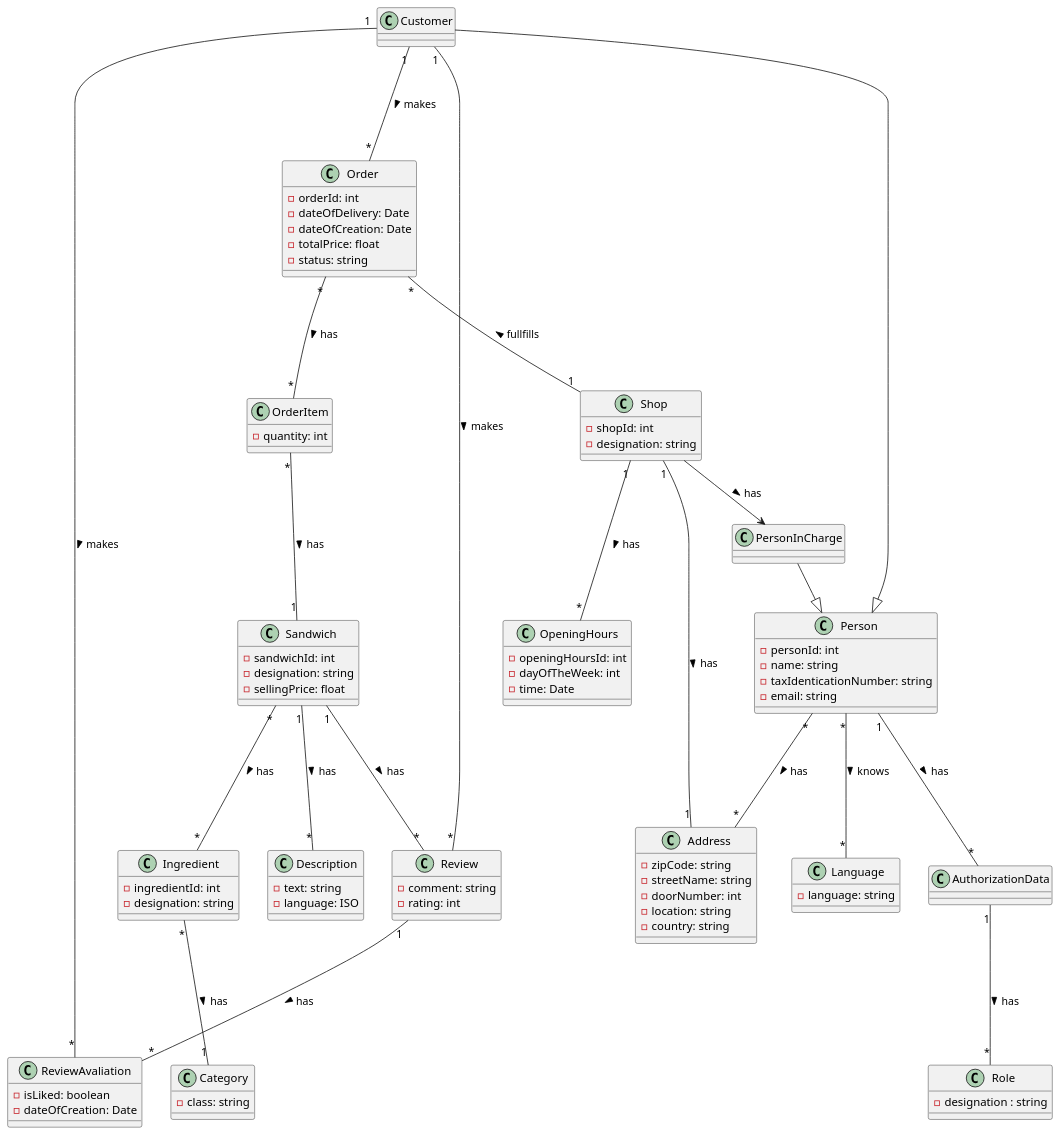
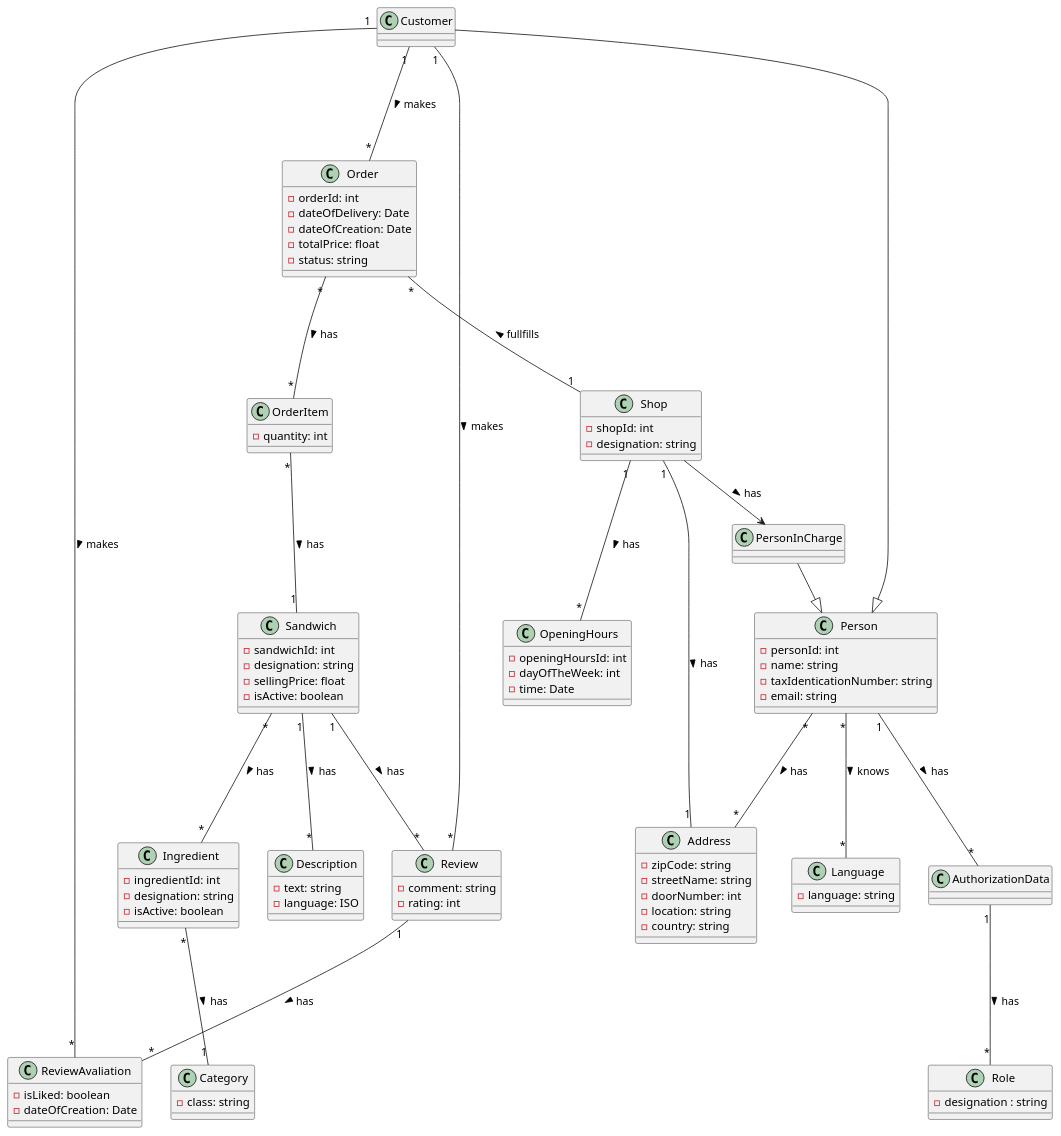
The diagram in design/domainModel.puml (TiagoNora/ballerina-project), drawn with PlantUML before and after one commit. The commit also changed 8 other files, not shown here.

```diff
--- a/design/domainModel.puml
+++ b/design/domainModel.puml
@@ -1,110 +1,112 @@
 @startuml Domain Model
   class Customer {
   }
 
   class PersonInCharge{
   }
 
   class Person{
     - personId: int
     - name: string
     - taxIdenticationNumber: string
     - email: string
 
   }
 
   class Address{
     - zipCode: string
     - streetName: string
     - doorNumber: int
     - location: string
     - country: string
 
   }
 
   class AuthorizationData{
 
   }
 
   class Role{
     - designation : string
   }
   class Sandwich {
     - sandwichId: int
     - designation: string
     - sellingPrice: float
+    - isActive: boolean
   }
 
   class Description{
     - text: string
     - language: ISO
   }
 
   class Ingredient {
     - ingredientId: int
     - designation: string
+    - isActive: boolean
   }
   class Category{
     - class: string
   }
 
   class Review{
     - comment: string
     - rating: int
   }
 
   class Shop{
     - shopId: int
     - designation: string
   }
 
   class OpeningHours{
     - openingHoursId: int
     - dayOfTheWeek: int
     - time: Date
   }
 
   class Order{
     - orderId: int
     - dateOfDelivery: Date
     - dateOfCreation: Date
     - totalPrice: float
     - status: string
   }
 
   class OrderItem{
     - quantity: int
   }
 
   class ReviewAvaliation{
     - isLiked: boolean
     - dateOfCreation: Date
   }
 
   class Language{
     - language: string
   }
 
 
   Person "1" --- "*" AuthorizationData: has >
   Person "*" --- "*" Language: knows >
   AuthorizationData "1" --- "*" Role: has >
   Sandwich "*" --- "*" Ingredient: has >
   Sandwich "1" --- "*" Description: has >
   Shop "1" --- "*" OpeningHours: has >
   Shop --> PersonInCharge: has >
   Order "*" --- "*" OrderItem: has >
   Customer "1" --- "*" Order: makes >
   Customer "1" --- "*" Review: makes >
   Sandwich "1" --- "*" Review: has >
   Review "1" --- "*" ReviewAvaliation: has >
   Customer "1" --- "*" ReviewAvaliation: makes >
   Order "*" --- "1" Shop: fullfills <
   Ingredient "*" --- "1" Category: has >
   Shop "1" --- "1" Address: has >
   OrderItem "*" --- "1" Sandwich: has >
   Customer --|> Person
   PersonInCharge --|> Person
   Person "*" --- "*" Address: has >
 
 @enduml
```
